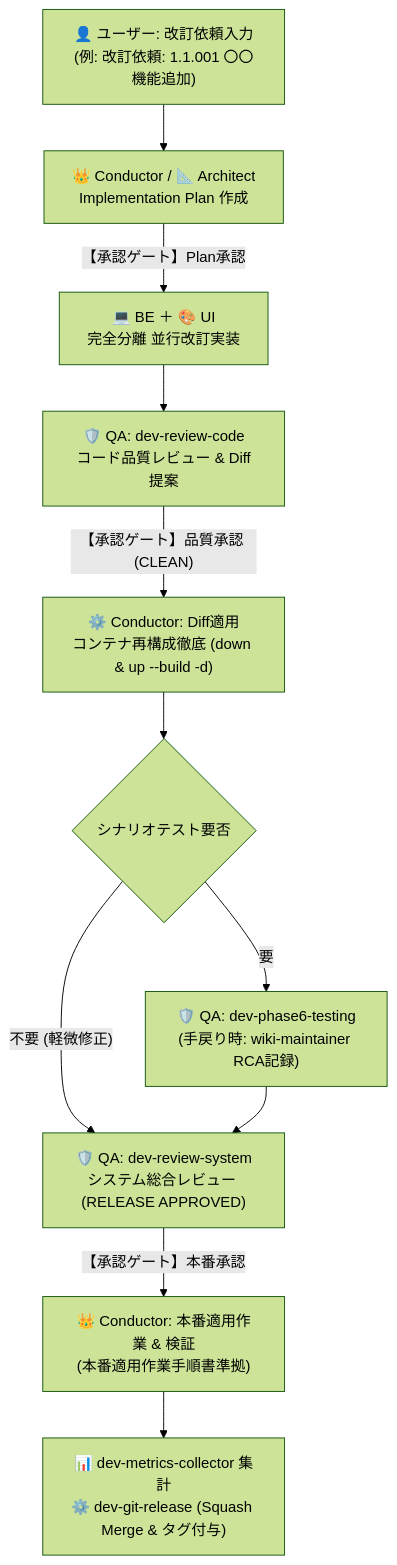
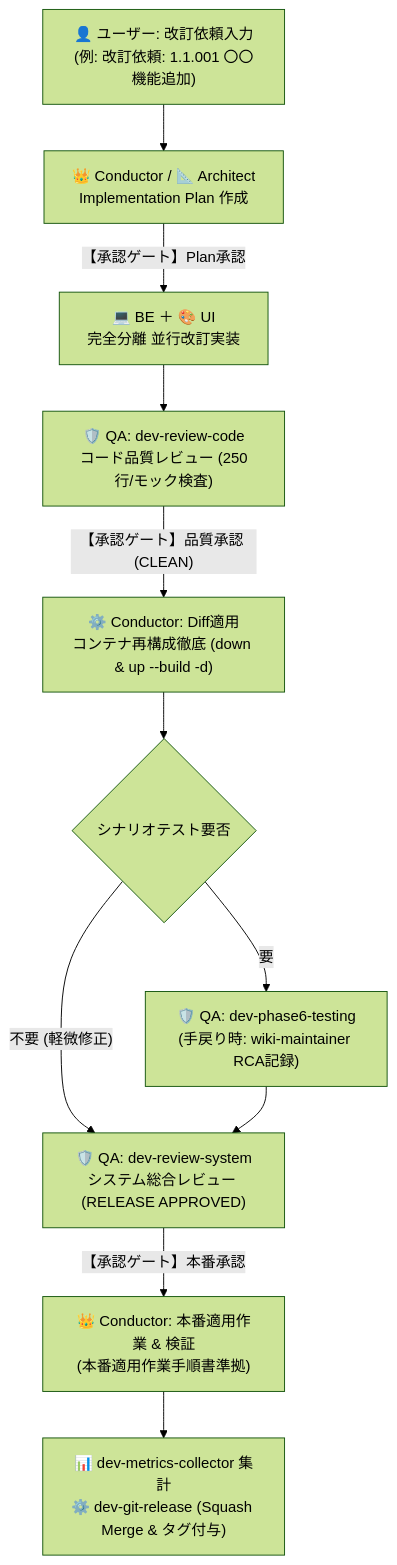
Before and after one commit to LeoPanda/template: the third of 3 diagrams in README.md, drawn with Mermaid (forest theme). The commit also changed other lines of this file and 206 other files, not shown here.

````diff
--- a/README.md
+++ b/README.md
@@ -319,13 +353,13 @@
 ```mermaid
 flowchart TD
     R_REQ["👤 ユーザー: 改訂依頼入力\n(例: 改訂依頼: 1.1.001 〇〇機能追加)"] --> R_PLAN["👑 Conductor / 📐 Architect\nImplementation Plan 作成"]
     R_PLAN -->|"【承認ゲート】Plan承認"| R_IMPL["💻 BE ＋ 🎨 UI\n完全分離 並行改訂実装"]
-    R_IMPL --> R_CODE["🛡️ QA: dev-review-code\nコード品質レビュー & Diff提案"]
+    R_IMPL --> R_CODE["🛡️ QA: dev-review-code\nコード品質レビュー (250行/モック検査)"]
     R_CODE -->|"【承認ゲート】品質承認 (CLEAN)"| R_REBUILD["⚙️ Conductor: Diff適用\nコンテナ再構成徹底 (down & up --build -d)"]
     R_REBUILD --> R_TEST{"シナリオテスト要否"}
     R_TEST -->|"要"| R_ST["🛡️ QA: dev-phase6-testing\n(手戻り時: wiki-maintainer RCA記録)"]
     R_TEST -->|"不要 (軽微修正)"| R_SYS["🛡️ QA: dev-review-system\nシステム総合レビュー (RELEASE APPROVED)"]
     R_ST --> R_SYS
     R_SYS -->|"【承認ゲート】本番承認"| R_DEP["👑 Conductor: 本番適用作業 & 検証\n(本番適用作業手順書準拠)"]
     R_DEP --> R_FIN["📊 dev-metrics-collector 集計\n⚙️ dev-git-release (Squash Merge & タグ付与)"]
 ```
````
